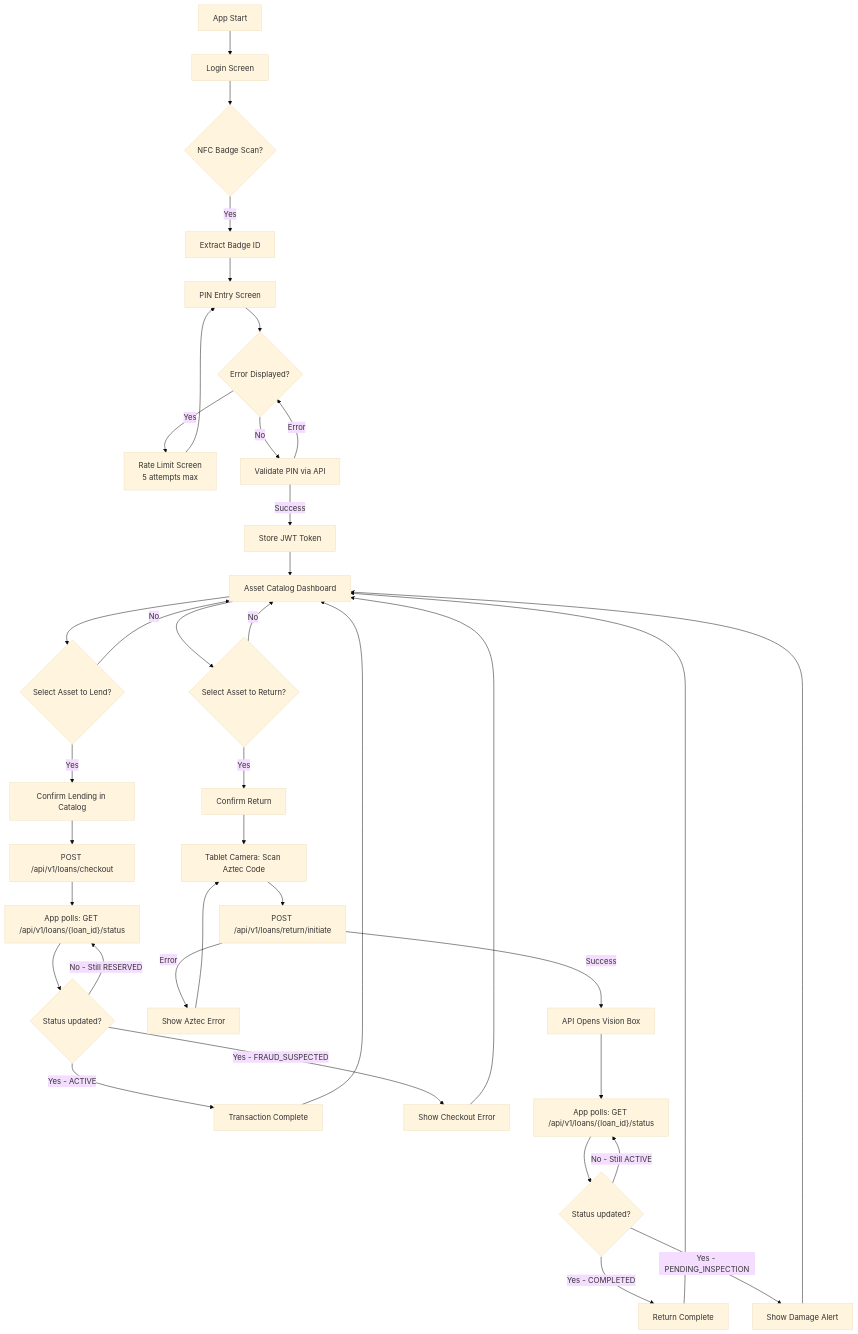
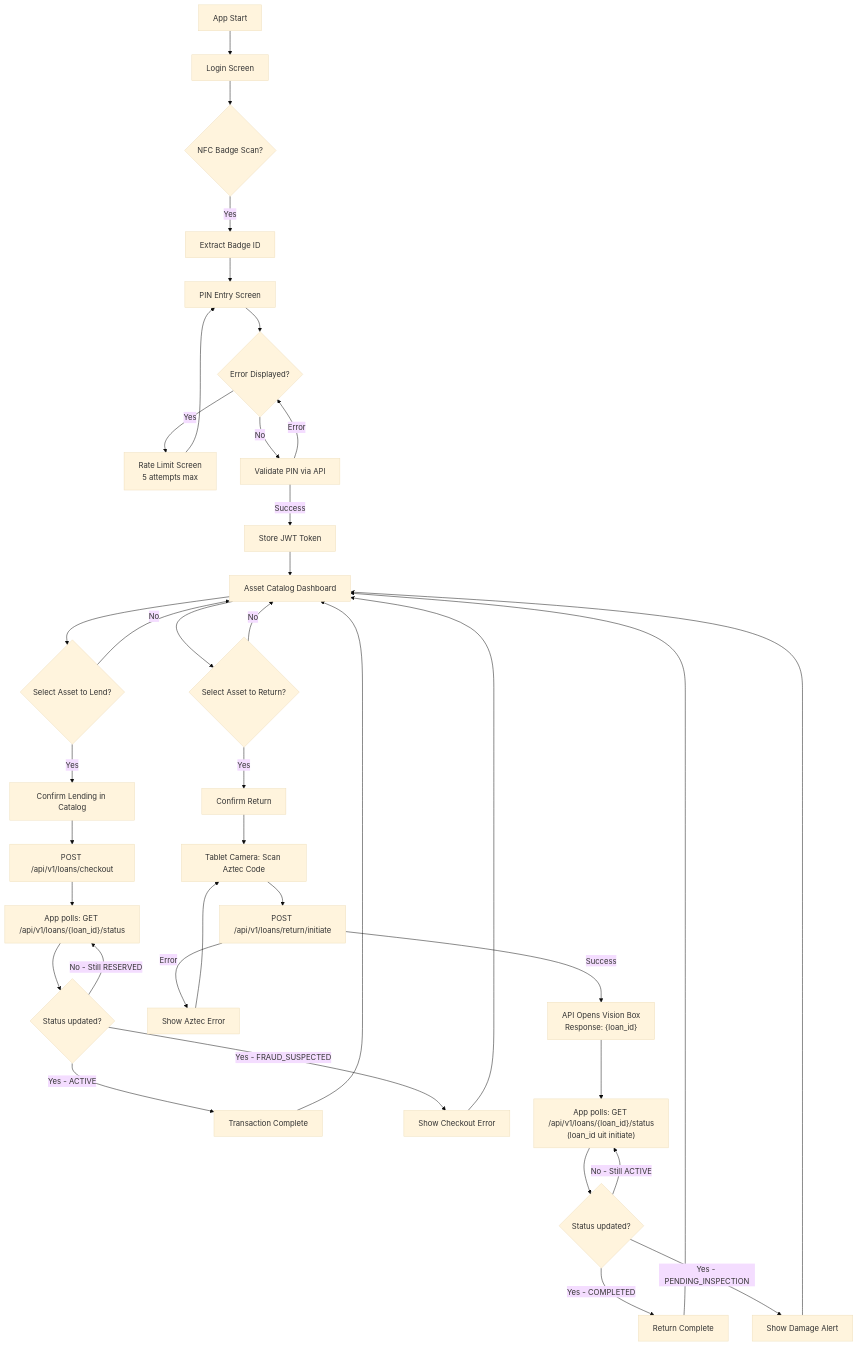
One commit to easylend-practice-enterprise/easylend changed the diagram in kiosk-app/mermaid-flowchart.md. Above: the diagram before and after it, drawn with Mermaid (base theme). The commit also changed 2 other files, not shown here.

Commit message:
docs: secure image endpoint against path traversal and expose loan_id in return flow

````diff
--- a/kiosk-app/mermaid-flowchart.md
+++ b/kiosk-app/mermaid-flowchart.md
@@ -3,58 +3,58 @@
 ```mermaid
 flowchart TD
     Start[App Start] --> Login[Login Screen]
 
     Login --> NFC{NFC Badge Scan?}
     NFC -->|Yes| BadgeID[Extract Badge ID]
     BadgeID --> PIN[PIN Entry Screen]
 
     PIN --> ShowError{Error Displayed?}
     ShowError -->|Yes| RateLimit[Rate Limit Screen<br/>5 attempts max]
     ShowError -->|No| Validate[Validate PIN via API]
 
     Validate -->|Success| AuthSuccess[Store JWT Token]
     Validate -->|Error| ShowError
 
     RateLimit --> PIN
 
     AuthSuccess --> Dashboard[Asset Catalog Dashboard]
 
     %% CHECKOUT FLOW (Uitlenen via REST Polling)
     Dashboard --> SelectAsset{Select Asset to Lend?}
     SelectAsset -->|Yes| ConfirmLend[Confirm Lending in Catalog]
     SelectAsset -->|No| Dashboard
 
     ConfirmLend --> APIOpenBox[POST /api/v1/loans/checkout]
     APIOpenBox --> PollCheckout["App polls: GET /api/v1/loans/{loan_id}/status"]
     
     PollCheckout --> CheckoutStatus{Status updated?}
     CheckoutStatus -->|No - Still RESERVED| PollCheckout
     CheckoutStatus -->|Yes - ACTIVE| LendSuccess[Transaction Complete]
     CheckoutStatus -->|Yes - FRAUD_SUSPECTED| CheckoutError[Show Checkout Error]
     
     CheckoutError --> Dashboard
     LendSuccess --> Dashboard
 
     %% RETURN FLOW (Inleveren met Tablet Camera via REST Polling)
     Dashboard --> SelectReturn{Select Asset to Return?}
     SelectReturn -->|Yes| ConfirmReturn[Confirm Return]
     SelectReturn -->|No| Dashboard
 
     ConfirmReturn --> ScanAztecReturn[Tablet Camera: Scan Aztec Code]
     ScanAztecReturn --> ValidateAztecReturn[POST /api/v1/loans/return/initiate]
     
     ValidateAztecReturn -->|Error| ShowAztecErrorReturn[Show Aztec Error]
     ShowAztecErrorReturn --> ScanAztecReturn
 
-    ValidateAztecReturn -->|Success| ReturnOpenBox[API Opens Vision Box]
-    ReturnOpenBox --> PollReturn["App polls: GET /api/v1/loans/{loan_id}/status"]
+    ValidateAztecReturn -->|Success| ReturnOpenBox["API Opens Vision Box<br/>Response: {loan_id}"]
+    ReturnOpenBox --> PollReturn["App polls: GET /api/v1/loans/{loan_id}/status<br/>(loan_id uit initiate)"]
 
     PollReturn --> ReturnStatus{Status updated?}
     ReturnStatus -->|No - Still ACTIVE| PollReturn
     ReturnStatus -->|Yes - COMPLETED| ReturnSuccess[Return Complete]
     ReturnStatus -->|Yes - PENDING_INSPECTION| ReturnQuarantine[Show Damage Alert]
 
     ReturnQuarantine --> Dashboard
     ReturnSuccess --> Dashboard
 
 ```
````
